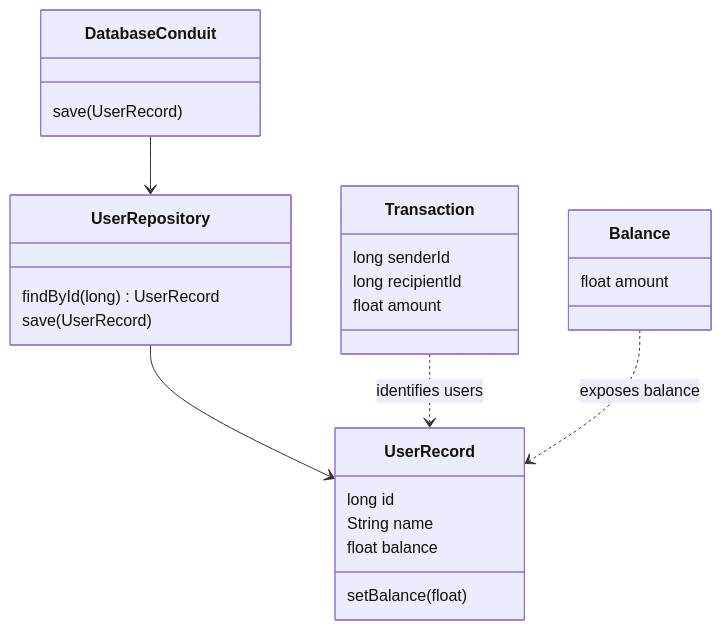
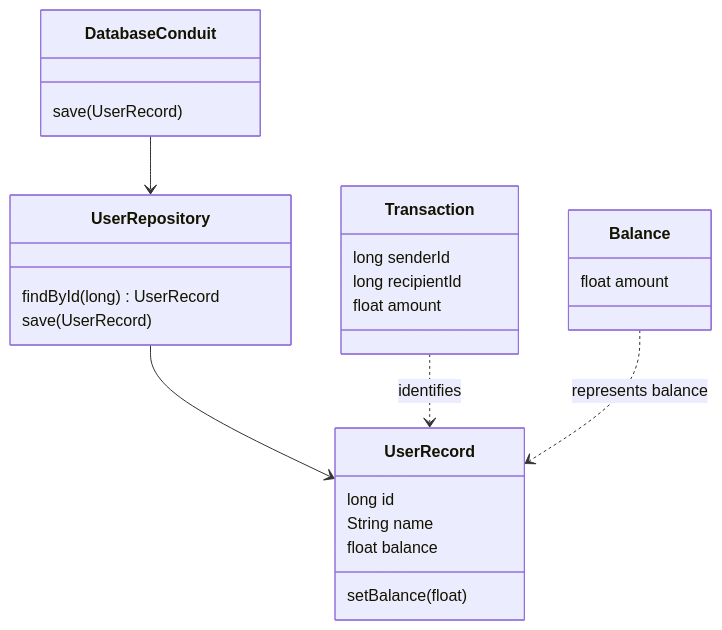
Before and after one commit to SidheshwarSarangal/forage-midas: the fifth of 6 diagrams in docs/architecture.md, drawn with Mermaid. The commit also changed other lines of this file and 4 other files, not shown here.

````diff
--- a/docs/architecture.md
+++ b/docs/architecture.md
@@ -77,33 +75,28 @@
 ```mermaid
 classDiagram
     class Transaction {
         long senderId
         long recipientId
         float amount
     }
-
     class UserRecord {
         long id
         String name
         float balance
         setBalance(float)
     }
-
     class Balance {
         float amount
     }
-
     class UserRepository {
         findById(long) UserRecord
         save(UserRecord)
     }
-
     class DatabaseConduit {
         save(UserRecord)
     }
-
     DatabaseConduit --> UserRepository
     UserRepository --> UserRecord
-    Transaction ..> UserRecord : identifies users
-    Balance ..> UserRecord : exposes balance
+    Transaction ..> UserRecord : identifies
+    Balance ..> UserRecord : represents balance
 ```
````
